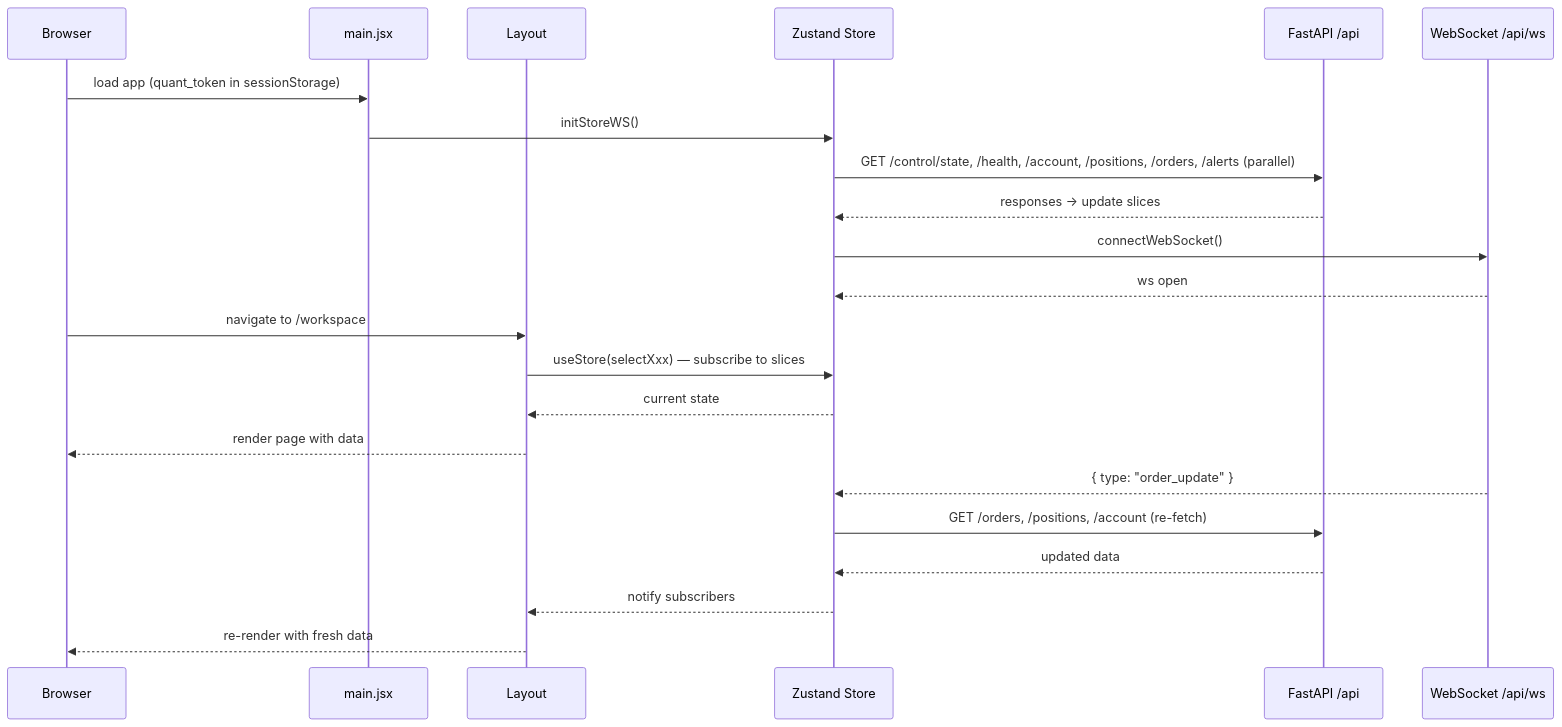
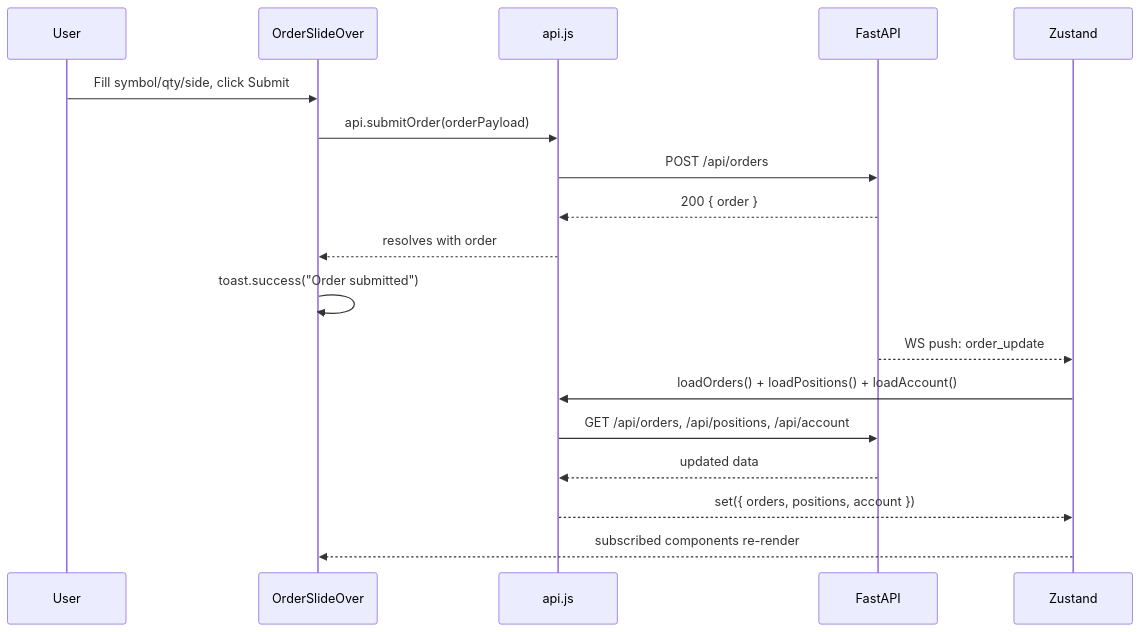
One commit to pratikbadlani02/lodestar changed the first of 4 diagrams in docs/frontend-analysis/06-runtime-flows.md. Above: the diagram before and after it, drawn with Mermaid. The commit also changed other lines of this file and 46 other files, not shown here.

Commit message:
architecture documents

````diff
--- a/docs/frontend-analysis/06-runtime-flows.md
+++ b/docs/frontend-analysis/06-runtime-flows.md
@@ -29,27 +19,21 @@
 ```mermaid
 sequenceDiagram
-    participant Browser
-    participant main.jsx
-    participant Layout
-    participant Store as Zustand Store
-    participant API as FastAPI /api
-    participant WS as WebSocket /api/ws
+    participant User
+    participant OrderSlideOver
+    participant api.js
+    participant FastAPI
+    participant Zustand
 
-    Browser->>main.jsx: load app (quant_token in sessionStorage)
-    main.jsx->>Store: initStoreWS()
-    Store->>API: GET /control/state, /health, /account, /positions, /orders, /alerts (parallel)
-    API-->>Store: responses → update slices
-    Store->>WS: connectWebSocket()
-    WS-->>Store: ws open
-
-    Browser->>Layout: navigate to /workspace
-    Layout->>Store: useStore(selectXxx) — subscribe to slices
-    Store-->>Layout: current state
-    Layout-->>Browser: render page with data
-
-    WS-->>Store: { type: "order_update" }
-    Store->>API: GET /orders, /positions, /account (re-fetch)
-    API-->>Store: updated data
-    Store-->>Layout: notify subscribers
-    Layout-->>Browser: re-render with fresh data
+    User->>OrderSlideOver: Fill symbol/qty/side, click Submit
+    OrderSlideOver->>api.js: api.submitOrder(orderPayload)
+    api.js->>FastAPI: POST /api/orders
+    FastAPI-->>api.js: 200 { order }
+    api.js-->>OrderSlideOver: resolves with order
+    OrderSlideOver->>OrderSlideOver: toast.success("Order submitted")
+    FastAPI-->>Zustand: WS push: order_update
+    Zustand->>api.js: loadOrders() + loadPositions() + loadAccount()
+    api.js->>FastAPI: GET /api/orders, /api/positions, /api/account
+    FastAPI-->>api.js: updated data
+    api.js-->>Zustand: set({ orders, positions, account })
+    Zustand-->>OrderSlideOver: subscribed components re-render
 ```
````
